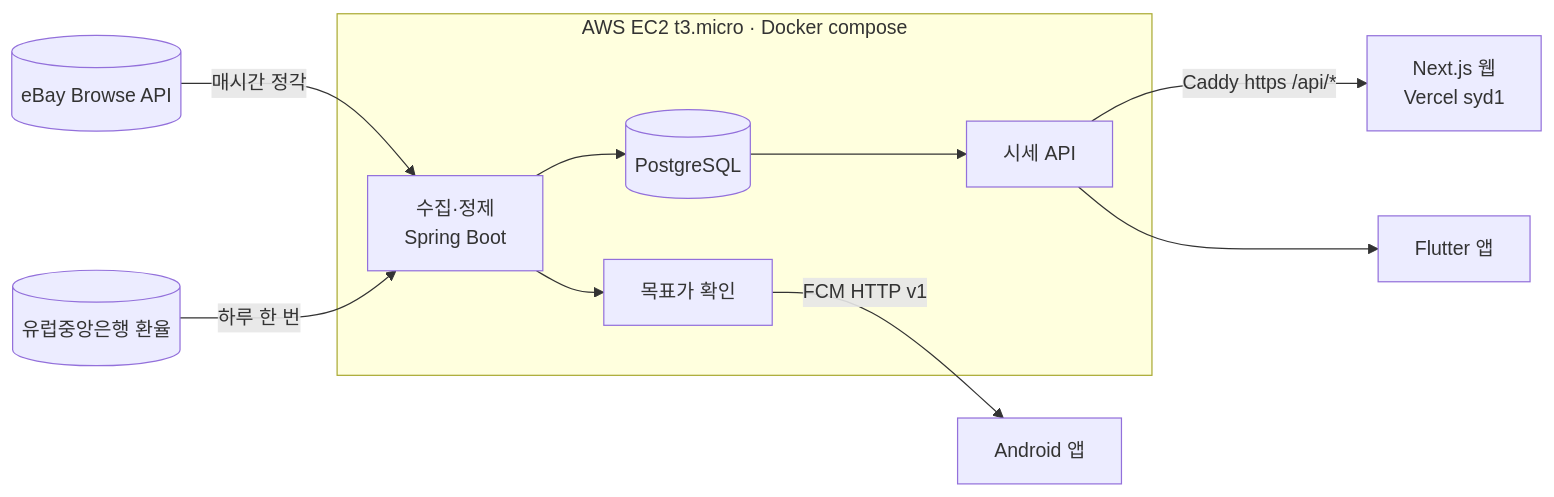
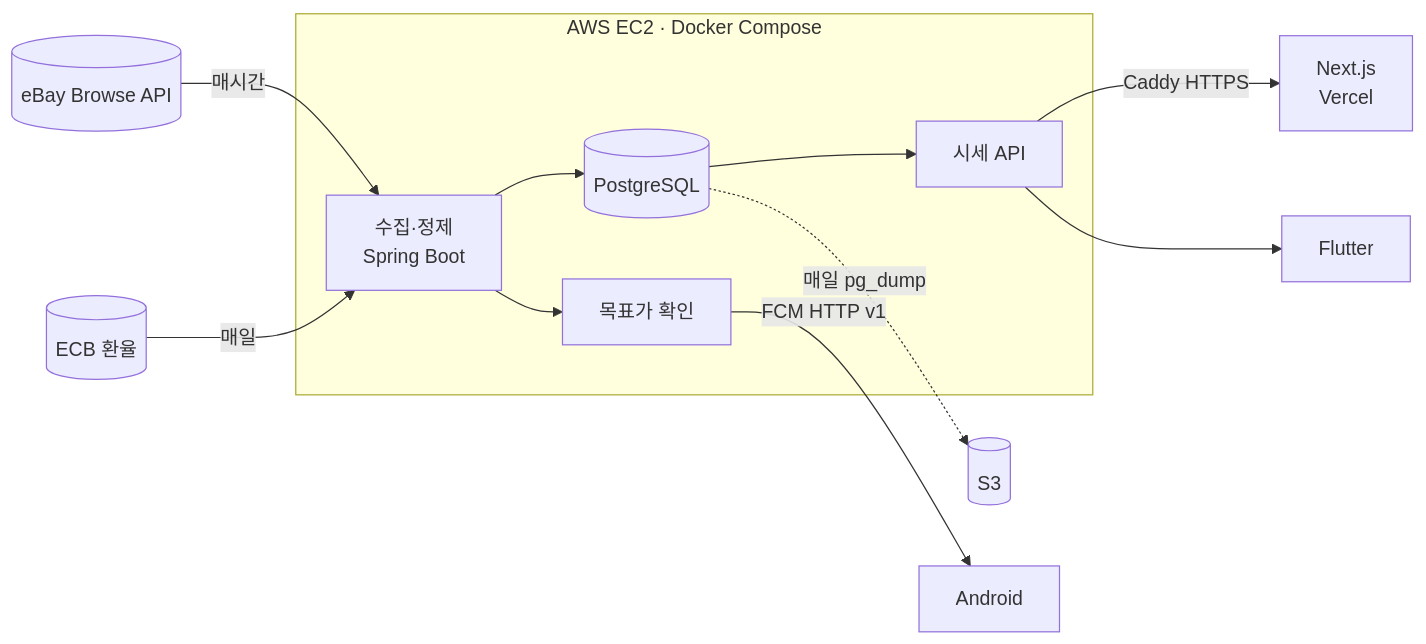
Before and after one commit to sinadsl1457/partstock: the diagram in README.md, drawn with Mermaid. The commit also changed other lines of this file, not shown here.

````diff
--- a/README.md
+++ b/README.md
@@ -32,13 +36,14 @@
 ```mermaid
 flowchart LR
-  eBay[(eBay Browse API)] -->|매시간 정각| Collect
-  FX[(유럽중앙은행 환율)] -->|하루 한 번| Collect
-  subgraph EC2[AWS EC2 t3.micro · Docker compose]
+  eBay[(eBay Browse API)] -->|매시간| Collect
+  FX[(ECB 환율)] -->|매일| Collect
+  subgraph EC2[AWS EC2 · Docker Compose]
     Collect[수집·정제<br/>Spring Boot] --> DB[(PostgreSQL)]
     DB --> API[시세 API]
     Collect --> Alert[목표가 확인]
   end
-  Alert -->|FCM HTTP v1| Phone[Android 앱]
-  API -->|Caddy https /api/*| Web[Next.js 웹<br/>Vercel syd1]
-  API --> App[Flutter 앱]
+  Alert -->|FCM HTTP v1| Phone[Android]
+  API -->|Caddy HTTPS| Web[Next.js<br/>Vercel]
+  API --> App[Flutter]
+  DB -.->|매일 pg_dump| S3[(S3)]
 ```
````
